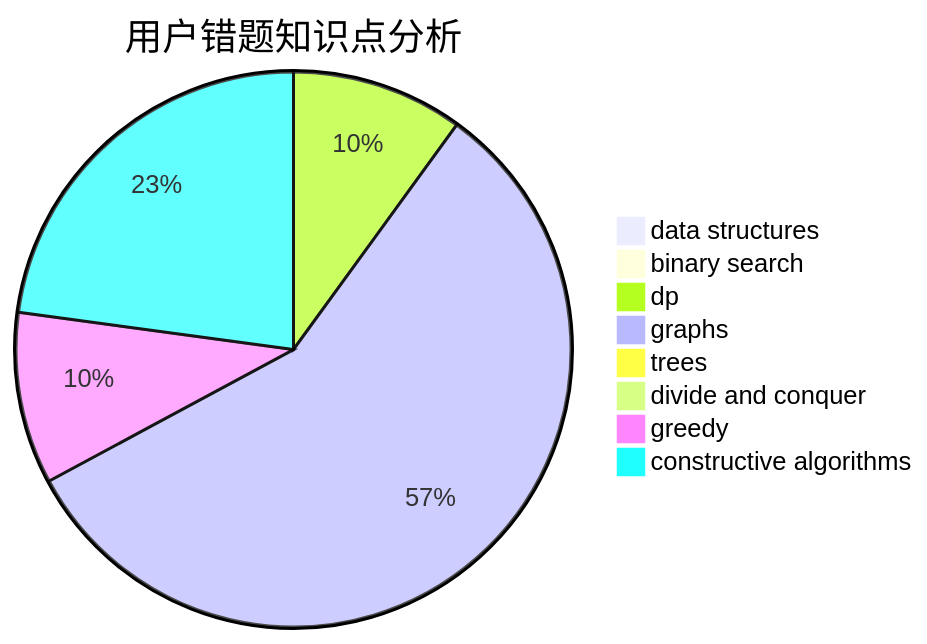
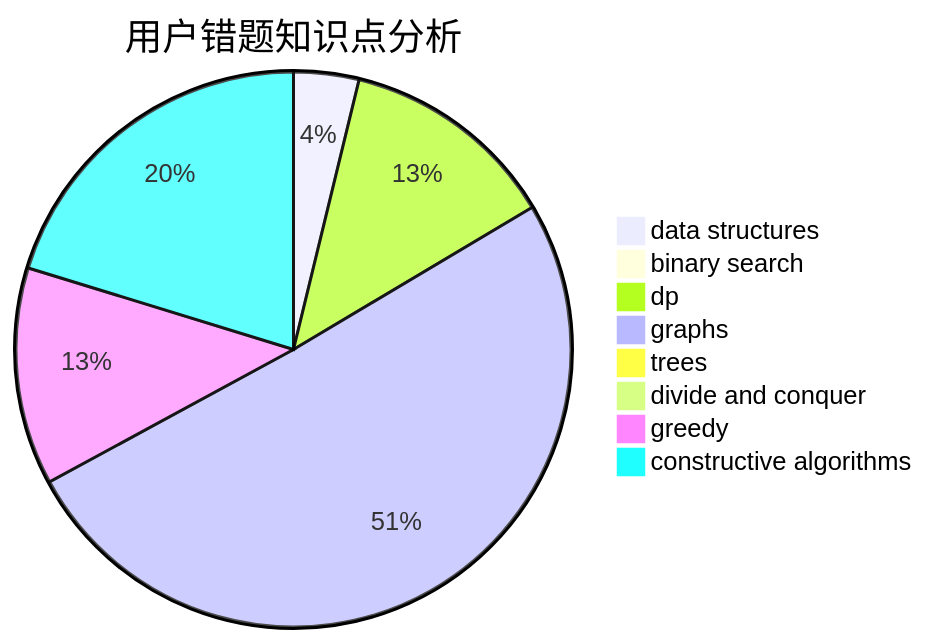
Before and after one commit to sherpahu/cfrs.github.io: the third of 3 diagrams in docs/user/u755.md, drawn with Mermaid. The commit also changed other lines of this file and 2770 other files, not shown here.

````diff
--- a/docs/user/u755.md
+++ b/docs/user/u755.md
@@ -36,11 +36,11 @@
 ```mermaid
 pie title 用户错题知识点分析
-    "data structures" :  0
+    "data structures" :  3
     "binary search" :  0
-    "dp" :  7
+    "dp" :  10
     "graphs" :  40
     "trees" :  0
     "divide and conquer" :  0
-    "greedy" :  7
+    "greedy" :  10
     "constructive algorithms" :  16
 ```
````
